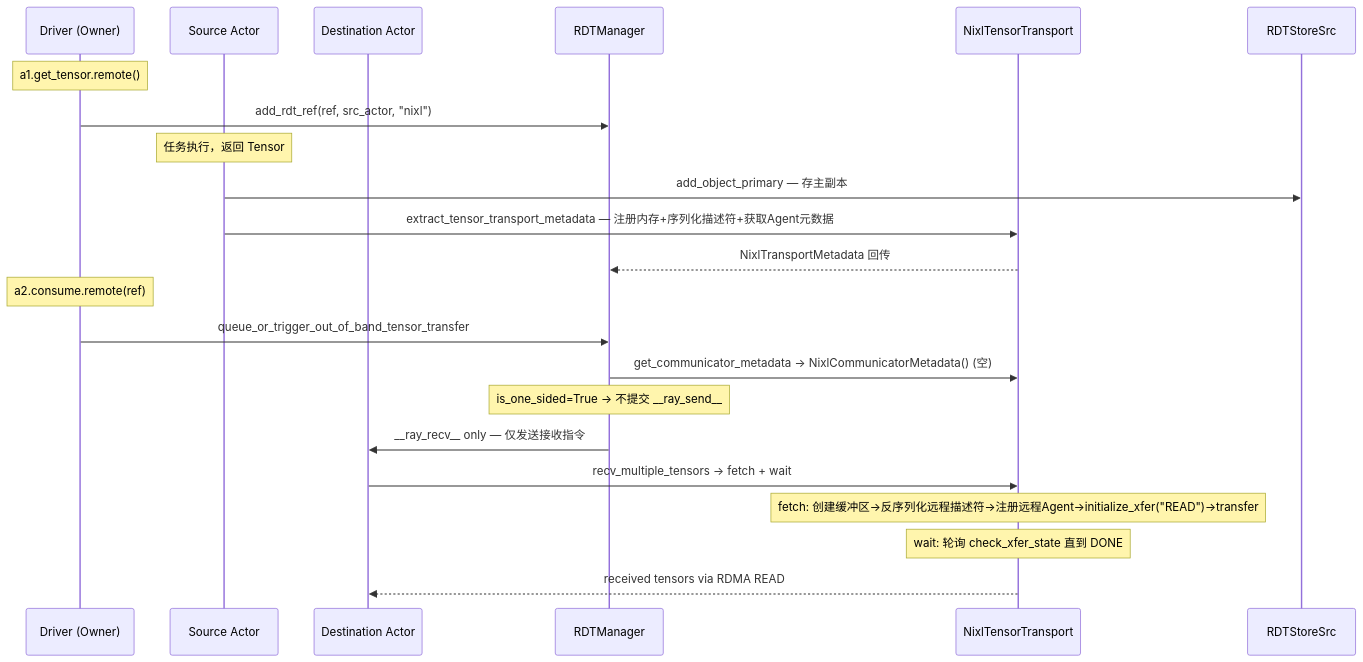
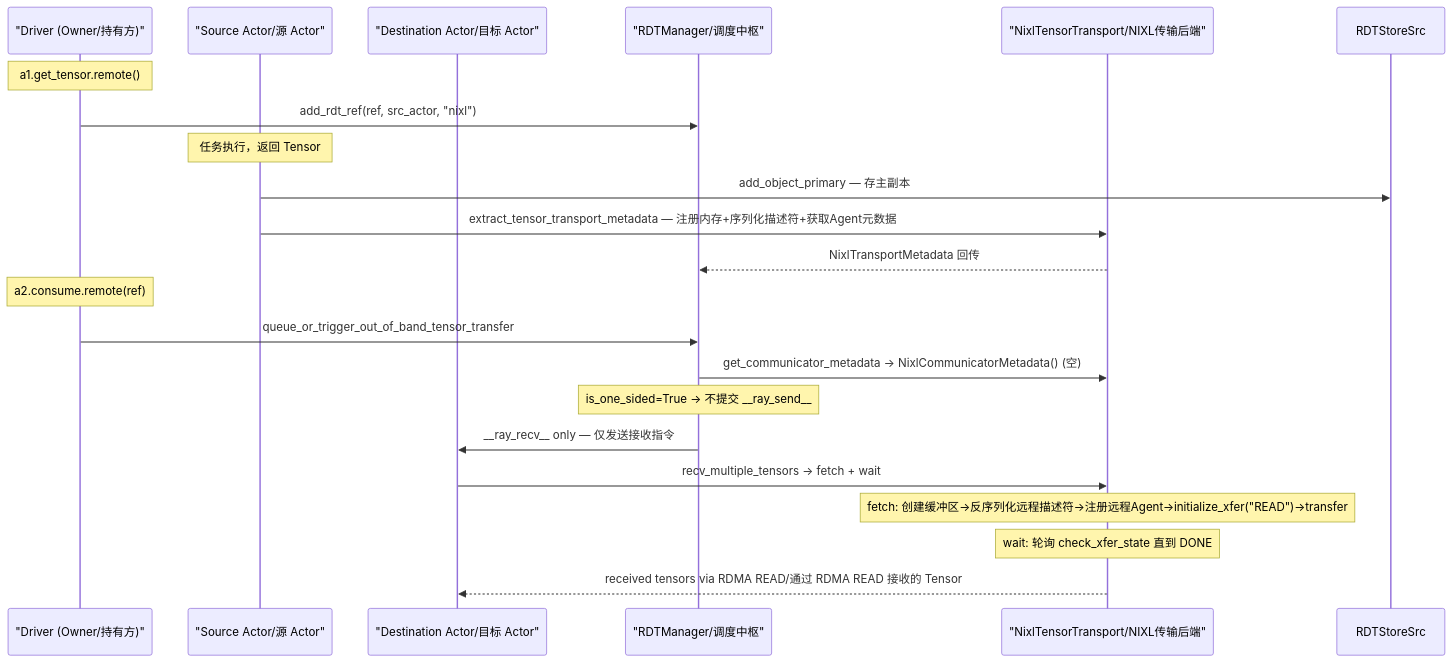
One commit to wangguimin18-boop/ray-project changed the third of 4 diagrams in doc/source/ray-core/direct-transport/rdt-architecture-analysis.md. Above: the diagram before and after it, drawn with Mermaid. The commit also changed other lines of this file and 2 other files, not shown here.

Commit message:
翻译: P4文档文件英文内容添加中文翻译（rdt-architecture-analysis.md、direct-transport.rst、custom-tensor-transport.rst）

````diff
--- a/doc/source/ray-core/direct-transport/rdt-architecture-analysis.md
+++ b/doc/source/ray-core/direct-transport/rdt-architecture-analysis.md
@@ -516,28 +517,29 @@
 ```mermaid
 sequenceDiagram
-    participant Driver as Driver (Owner)
-    participant SrcActor as Source Actor
-    participant DstActor as Destination Actor
-    participant RDTMgr as RDTManager
-    participant NixlTransport as NixlTensorTransport
+    %% 参与者声明：保留英文标识符，添加中文角色描述
+    participant Driver as "Driver (Owner/持有方)"
+    participant SrcActor as "Source Actor/源 Actor"
+    participant DstActor as "Destination Actor/目标 Actor"
+    participant RDTMgr as "RDTManager/调度中枢"
+    participant NixlTransport as "NixlTensorTransport/NIXL传输后端"
 
     Note over Driver: a1.get_tensor.remote()
     Driver->>RDTMgr: add_rdt_ref(ref, src_actor, "nixl")
 
     Note over SrcActor: 任务执行，返回 Tensor
     SrcActor->>RDTStoreSrc: add_object_primary — 存主副本
     SrcActor->>NixlTransport: extract_tensor_transport_metadata — 注册内存+序列化描述符+获取Agent元数据
     NixlTransport-->>RDTMgr: NixlTransportMetadata 回传
 
     Note over Driver: a2.consume.remote(ref)
     Driver->>RDTMgr: queue_or_trigger_out_of_band_tensor_transfer
     RDTMgr->>NixlTransport: get_communicator_metadata → NixlCommunicatorMetadata() (空)
 
     Note over RDTMgr: is_one_sided=True → 不提交 __ray_send__
     RDTMgr->>DstActor: __ray_recv__ only — 仅发送接收指令
 
     DstActor->>NixlTransport: recv_multiple_tensors → fetch + wait
     Note over NixlTransport: fetch: 创建缓冲区→反序列化远程描述符→注册远程Agent→initialize_xfer("READ")→transfer
     Note over NixlTransport: wait: 轮询 check_xfer_state 直到 DONE
-    NixlTransport-->>DstActor: received tensors via RDMA READ
+    NixlTransport-->>DstActor: received tensors via RDMA READ/通过 RDMA READ 接收的 Tensor
 ```
````
